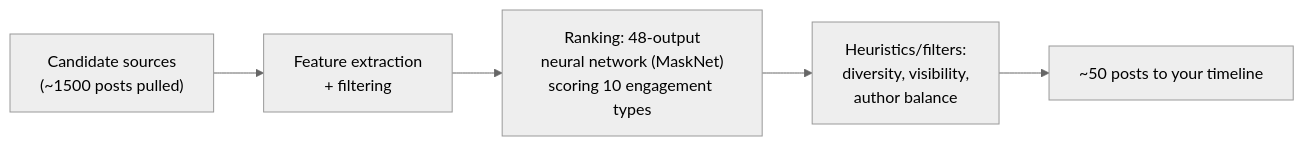
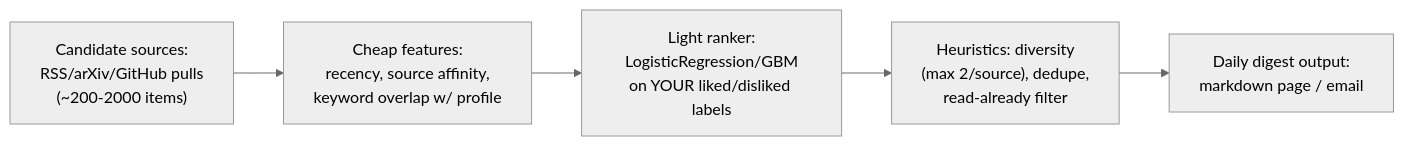
One commit to Anirudh-2810/Second-Brain changed the diagram in wiki/modules/case-studies/cs-twitter-algorithm.md. Above: the diagram before and after it, drawn with Mermaid (neutral theme). The commit also changed other lines of this file and 12 other files, not shown here.

````diff
--- a/wiki/modules/case-studies/cs-twitter-algorithm.md
+++ b/wiki/modules/case-studies/cs-twitter-algorithm.md
@@ -22,7 +59,7 @@
 ```mermaid
 flowchart LR
-    S["Candidate sources<br/>(~1500 posts pulled)"] --> F["Feature extraction<br/>+ filtering"]
-    F --> R["Ranking: 48-output<br/>neural network (MaskNet)<br/>scoring 10 engagement types"]
-    R --> H["Heuristics/filters:<br/>diversity, visibility,<br/>author balance"]
-    H --> T["~50 posts to your timeline"]
+    CS["Candidate sources:<br/>RSS/arXiv/GitHub pulls<br/>(~200-2000 items)"] --> CF["Cheap features:<br/>recency, source affinity,<br/>keyword overlap w/ profile"]
+    CF --> LR["Light ranker:<br/>LogisticRegression/GBM<br/>on YOUR liked/disliked labels"]
+    LR --> H["Heuristics: diversity<br/>(max 2/source), dedupe,<br/>read-already filter"]
+    H --> O["Daily digest output:<br/>markdown page / email"]
 ```
````
